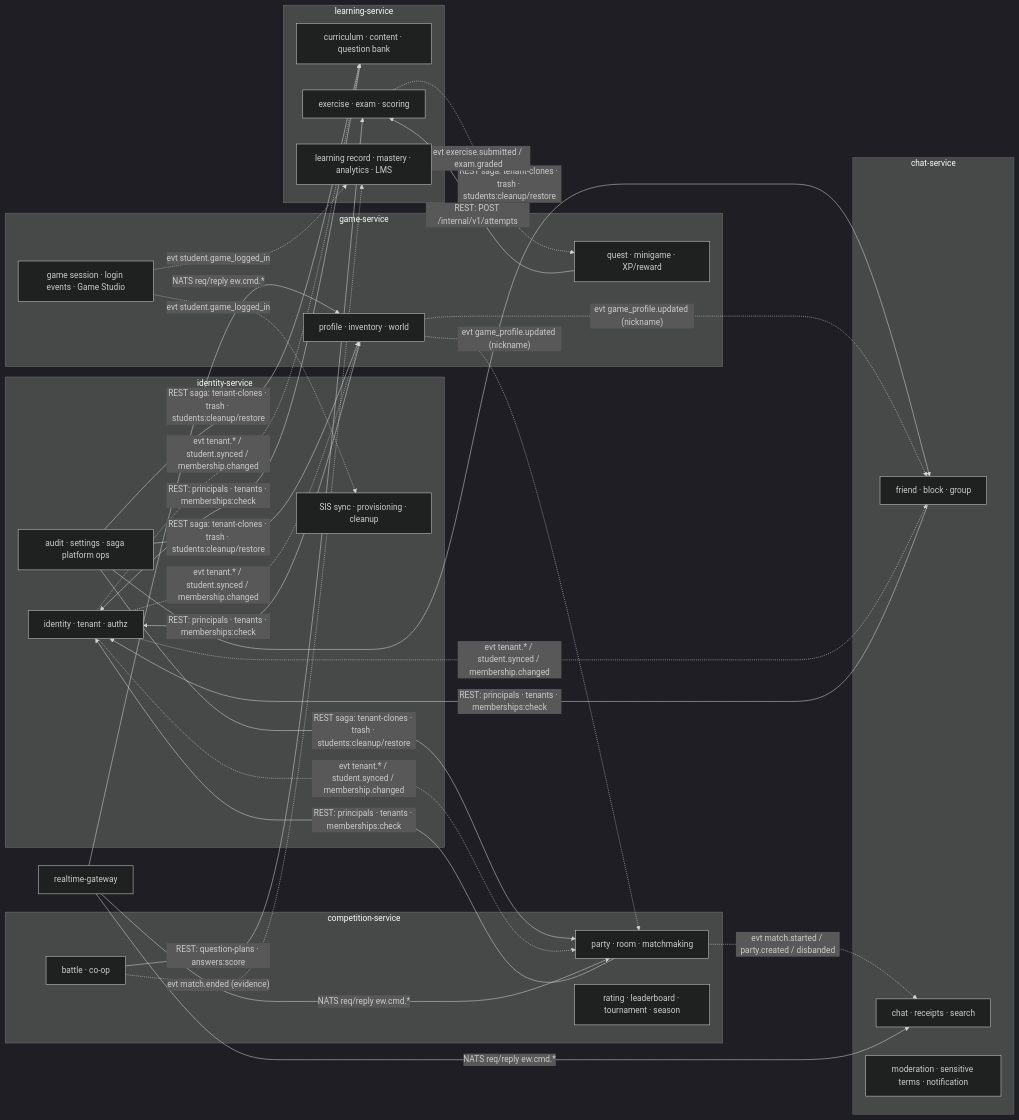
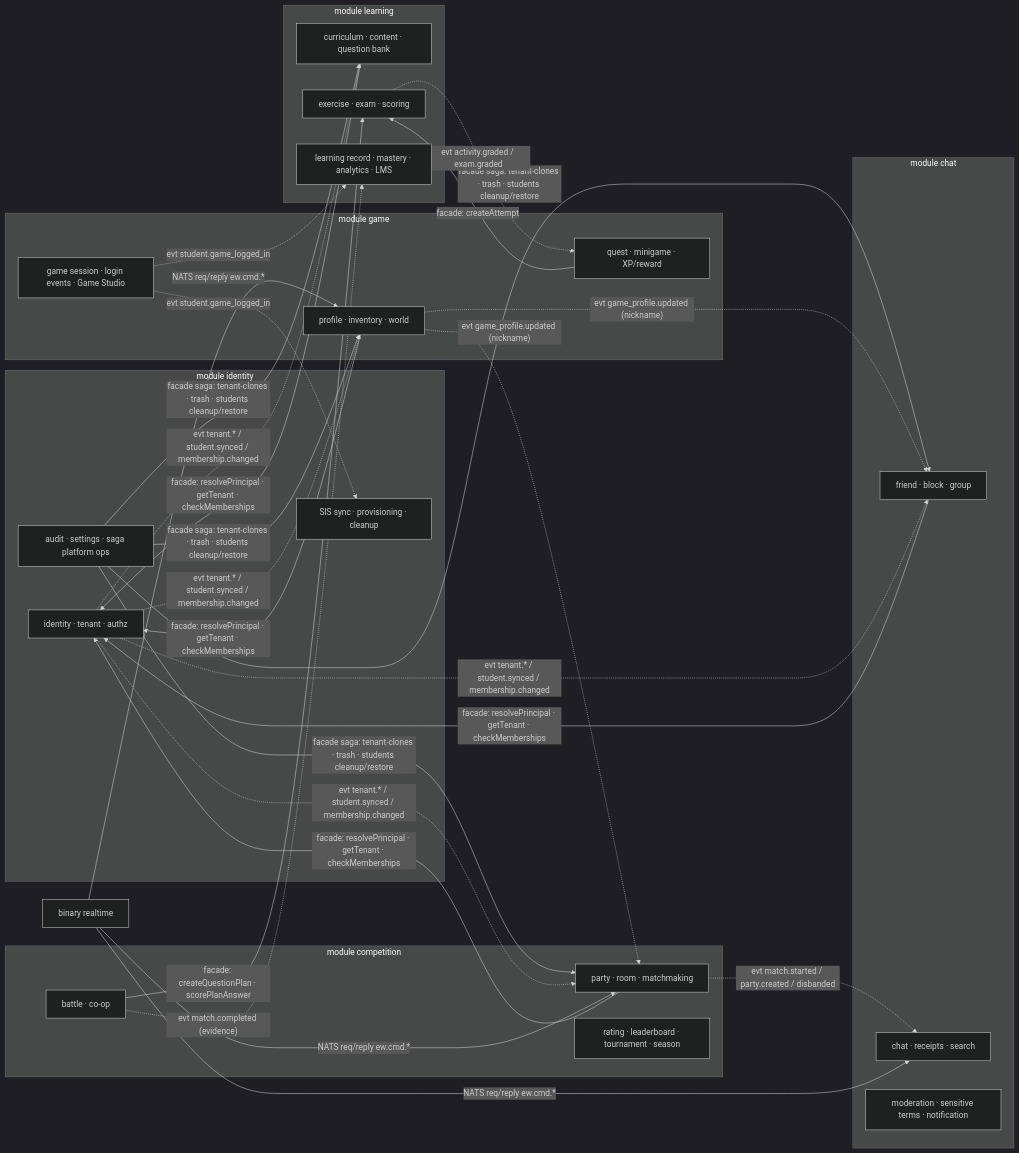
The third of 5 diagrams in docs/06-architecture/SYSTEM_ARCHITECTURE.md (tanguyen2020/eduworld-platform), drawn with Mermaid (dark theme) before and after one commit. The commit also changed other lines of this file and 922 other files, not shown here.

````diff
--- a/docs/06-architecture/SYSTEM_ARCHITECTURE.md
+++ b/docs/06-architecture/SYSTEM_ARCHITECTURE.md
@@ -159,41 +161,41 @@
 ```mermaid
 flowchart LR
-  subgraph identity-service
+  subgraph IDM[module identity]
     I1[identity · tenant · authz]
     I2[SIS sync · provisioning · cleanup]
     I3[audit · settings · saga platform ops]
   end
-  subgraph learning-service
+  subgraph LRM[module learning]
     L1[curriculum · content · question bank]
     L2[exercise · exam · scoring]
     L3[learning record · mastery · analytics · LMS]
   end
-  subgraph game-service
+  subgraph GMM[module game]
     G1[profile · inventory · world]
     G2[quest · minigame · XP/reward]
     G3[game session · login events · Game Studio]
   end
-  subgraph competition-service
+  subgraph CPM[module competition]
     C1[party · room · matchmaking]
     C2[battle · co-op]
     C3[rating · leaderboard · tournament · season]
   end
-  subgraph chat-service
+  subgraph CHM[module chat]
     T1[friend · block · group]
     T2[chat · receipts · search]
     T3[moderation · sensitive terms · notification]
   end
-  RTG[realtime-gateway]
+  RTG[binary realtime]
 
-  G2 -- "REST: POST /internal/v1/attempts" --> L2
-  C2 -- "REST: question-plans · answers:score" --> L2
-  L1 & G1 & C1 & T1 -- "REST: principals · tenants · memberships:check" --> I1
-  I3 -- "REST saga: tenant-clones · trash · students:cleanup/restore" --> L1 & G1 & C1 & T1
-  L2 -.->|"evt exercise.submitted / exam.graded"| G2
-  C2 -.->|"evt match.ended (evidence)"| L3
+  G2 -- "facade: createAttempt" --> L2
+  C2 -- "facade: createQuestionPlan · scorePlanAnswer" --> L2
+  L1 & G1 & C1 & T1 -- "facade: resolvePrincipal · getTenant · checkMemberships" --> I1
+  I3 -- "facade saga: tenant-clones · trash · students cleanup/restore" --> L1 & G1 & C1 & T1
+  L2 -.->|"evt activity.graded / exam.graded"| G2
+  C2 -.->|"evt match.completed (evidence)"| L3
   C1 -.->|"evt match.started / party.created / disbanded"| T2
   G1 -.->|"evt game_profile.updated (nickname)"| T1 & C1
   G3 -.->|"evt student.game_logged_in"| L3 & I2
   I1 -.->|"evt tenant.* / student.synced / membership.changed"| L1 & G1 & C1 & T1
   RTG -- "NATS req/reply ew.cmd.*" --> G1 & C1 & T2
 ```
````
